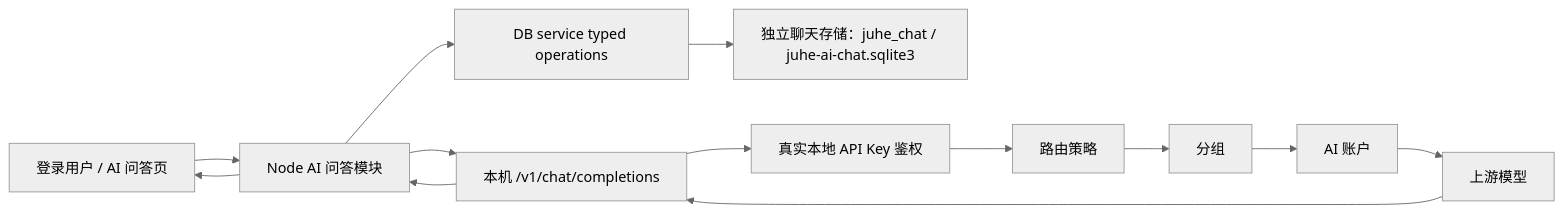
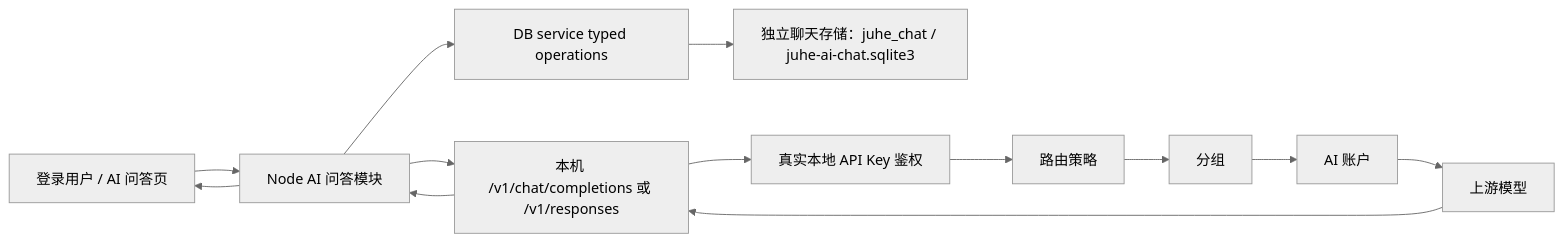
The diagram in docs/functions/AI问答设计.md (huanmin123/juhe-ai), drawn with Mermaid (neutral theme) before and after one commit. The commit also changed other lines of this file and 1 other file, not shown here.

Commit message:
docs(chat): design tiptap composer and native tools

````diff
--- a/docs/functions/AI问答设计.md
+++ b/docs/functions/AI问答设计.md
@@ -65,15 +66,15 @@
 ```mermaid
 flowchart LR
   User["登录用户 / AI 问答页"] --> Chat["Node AI 问答模块"]
   Chat --> DB["DB service typed operations"]
   DB --> ChatDB["独立聊天存储：juhe_chat / juhe-ai-chat.sqlite3"]
-  Chat --> Gateway["本机 /v1/chat/completions"]
+  Chat --> Gateway["本机 /v1/chat/completions 或 /v1/responses"]
   Gateway --> APIKey["真实本地 API Key 鉴权"]
   APIKey --> Strategy["路由策略"]
   Strategy --> Group["分组"]
   Group --> Account["AI 账户"]
   Account --> Upstream["上游模型"]
   Upstream --> Gateway
   Gateway --> Chat
   Chat --> User
 ```
````
